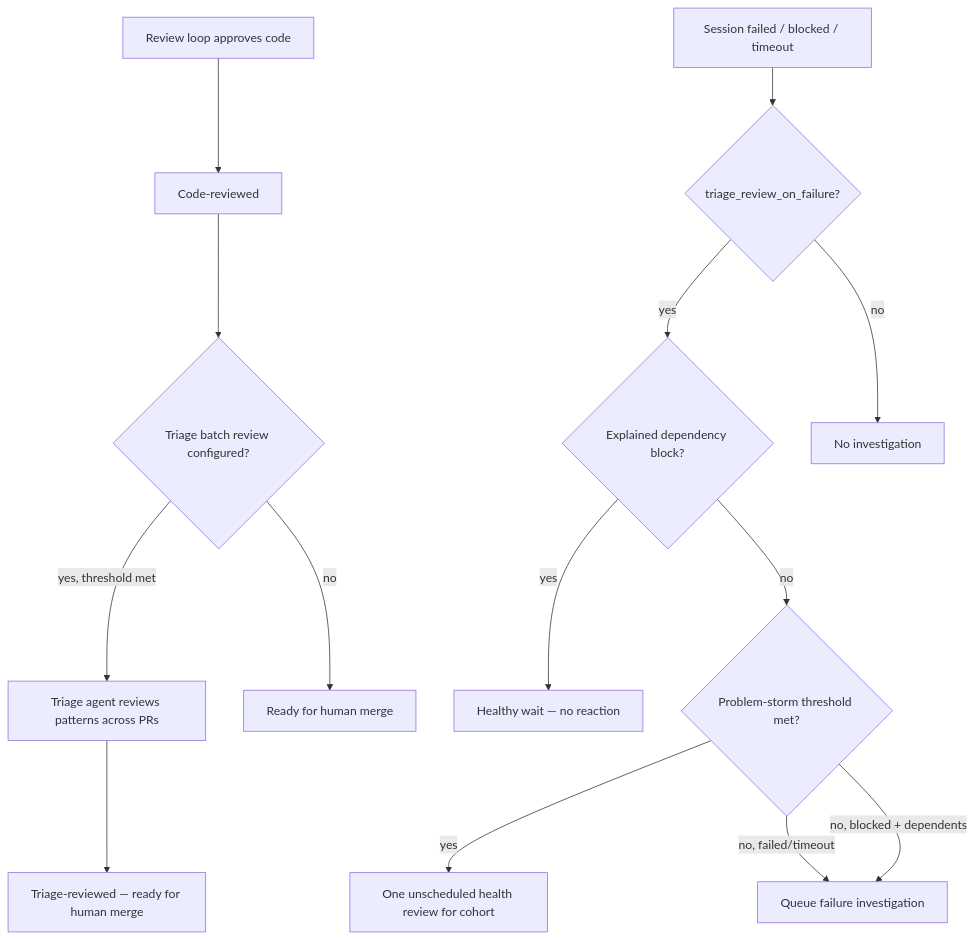
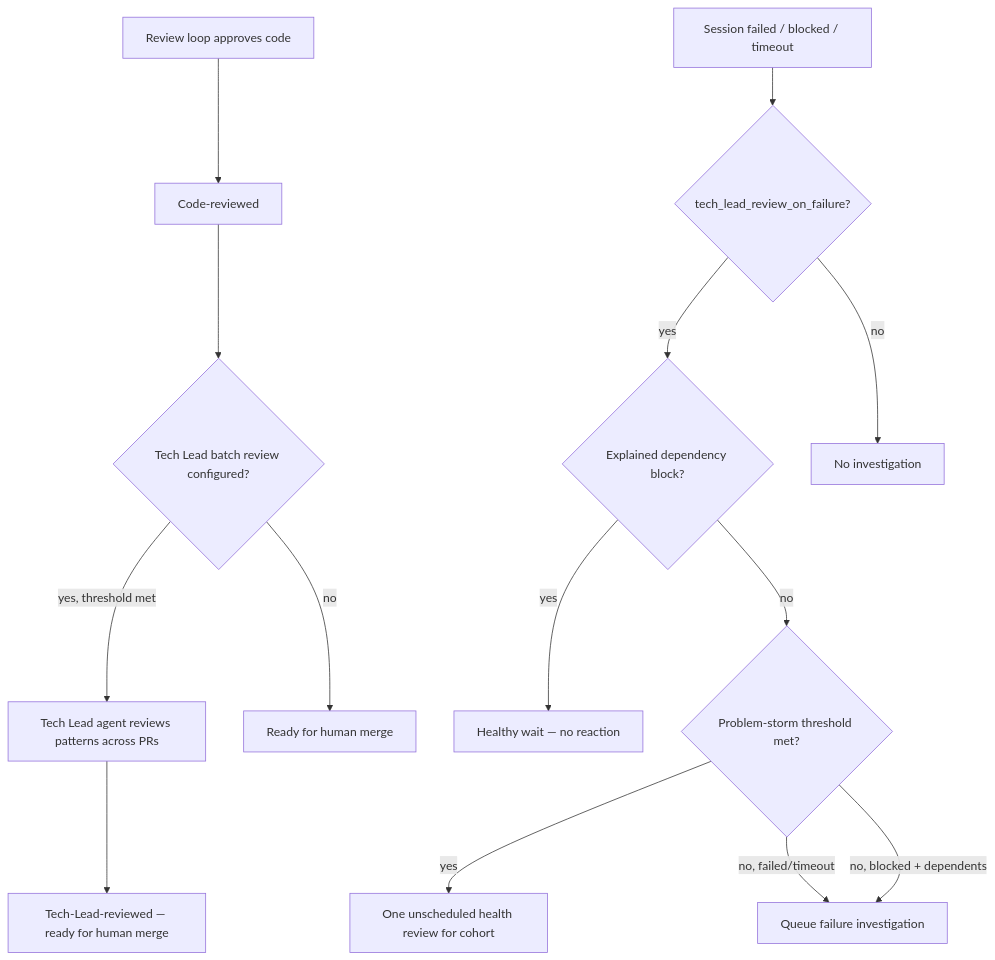
Before and after one commit to issue-orchestrator/issue-orchestrator: the fourth of 5 diagrams in docs/development/REVIEW_WORKFLOW.md, drawn with Mermaid. The commit also changed other lines of this file and 299 other files, not shown here.

````diff
--- a/docs/development/REVIEW_WORKFLOW.md
+++ b/docs/development/REVIEW_WORKFLOW.md
@@ -79,17 +79,17 @@
 ```mermaid
 flowchart TD
   LOOP["Review loop approves code"] --> CR["Code-reviewed"]
-  CR --> TRIAGE{"Triage batch review configured?"}
-  TRIAGE -->|yes, threshold met| TR["Triage agent reviews patterns across PRs"]
-  TR --> DONE["Triage-reviewed — ready for human merge"]
-  TRIAGE -->|no| DONE2["Ready for human merge"]
+  CR --> TECH_LEAD{"Tech Lead batch review configured?"}
+  TECH_LEAD -->|yes, threshold met| TR["Tech Lead agent reviews patterns across PRs"]
+  TR --> DONE["Tech-Lead-reviewed — ready for human merge"]
+  TECH_LEAD -->|no| DONE2["Ready for human merge"]
 
-  FAIL["Session failed / blocked / timeout"] --> TFAIL{"triage_review_on_failure?"}
+  FAIL["Session failed / blocked / timeout"] --> TFAIL{"tech_lead_review_on_failure?"}
   TFAIL -->|yes| CLASSIFY{"Explained dependency block?"}
   CLASSIFY -->|yes| WAIT["Healthy wait — no reaction"]
   CLASSIFY -->|no| STORM{"Problem-storm threshold met?"}
   STORM -->|yes| HEALTH["One unscheduled health review for cohort"]
   STORM -->|no, failed/timeout| INVEST["Queue failure investigation"]
   STORM -->|no, blocked + dependents| INVEST
   TFAIL -->|no| SKIP["No investigation"]
 ```
````
